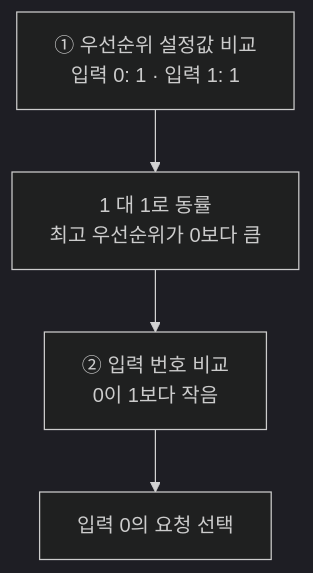
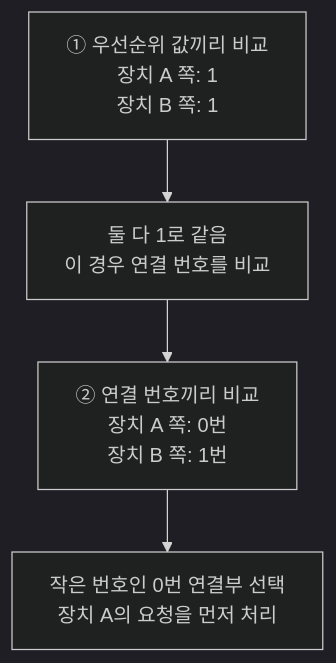
The third of 5 diagrams in content/posts/last-stock-ordering.md (owencity/owencity.github.io), drawn with Mermaid (dark theme) before and after one commit. The commit also changed other lines of this file, not shown here.

````diff
--- a/content/posts/last-stock-ordering.md
+++ b/content/posts/last-stock-ordering.md
@@ -60,6 +59,6 @@
 ```mermaid
 flowchart TD
-    priority["① 우선순위 설정값 비교<br/>입력 0: 1 · 입력 1: 1"] --> tie["1 대 1로 동률<br/>최고 우선순위가 0보다 큼"]
-    tie --> number["② 입력 번호 비교<br/>0이 1보다 작음"]
-    number --> result["입력 0의 요청 선택"]
+    priority["① 우선순위 값끼리 비교<br/>장치 A 쪽: 1<br/>장치 B 쪽: 1"] --> tie["둘 다 1로 같음<br/>이 경우 연결 번호를 비교"]
+    tie --> number["② 연결 번호끼리 비교<br/>장치 A 쪽: 0번<br/>장치 B 쪽: 1번"]
+    number --> result["작은 번호인 0번 연결부 선택<br/>장치 A의 요청을 먼저 처리"]
 ```
````
